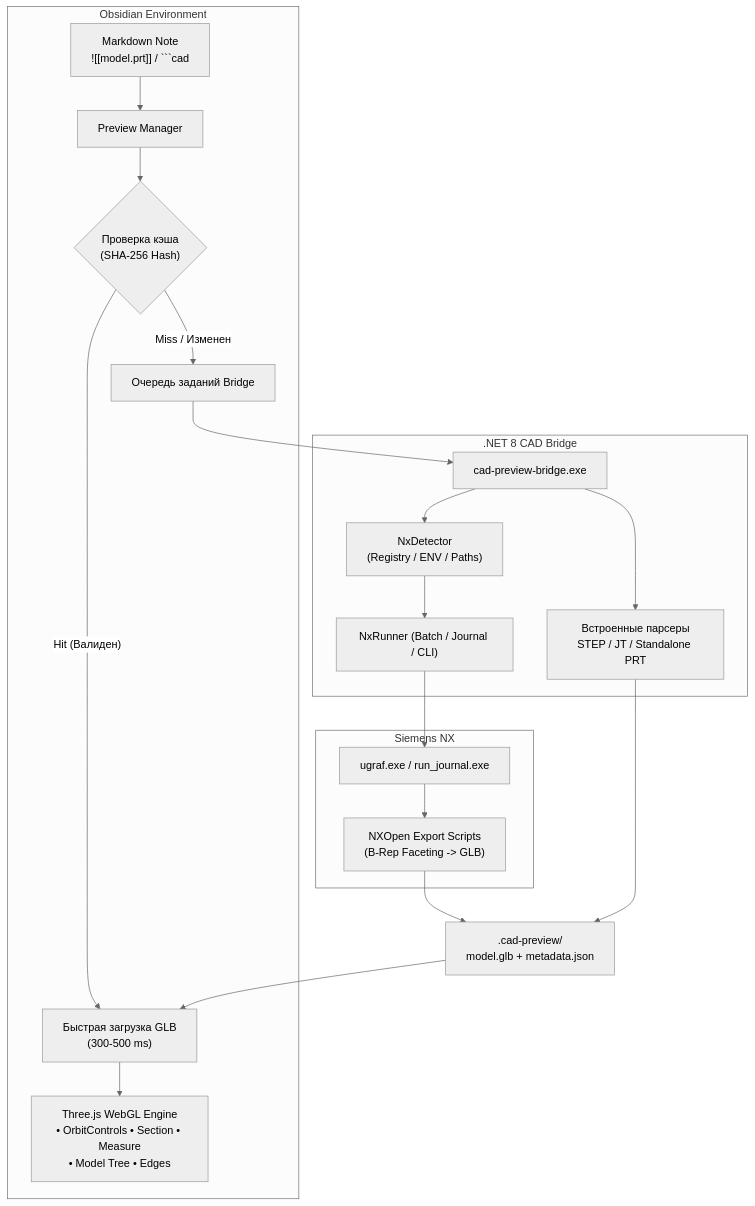
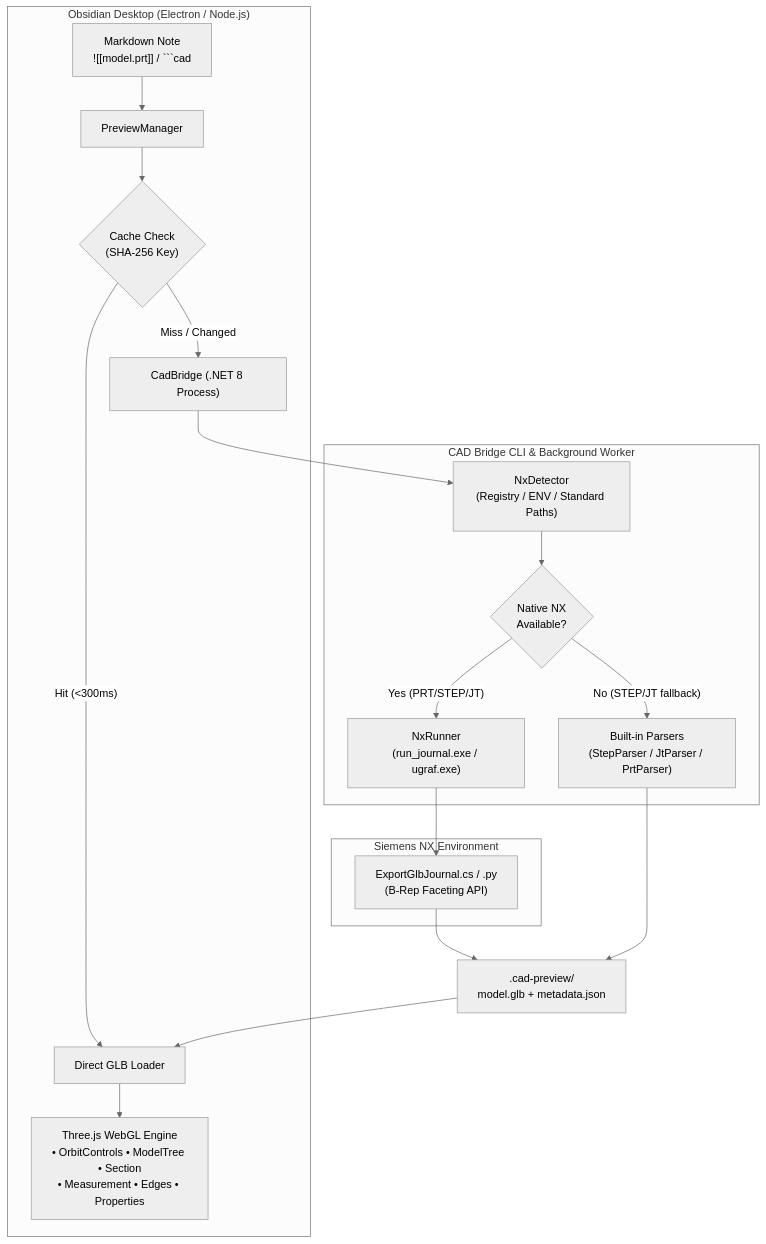
Before and after one commit to Homiakus/obsidian-cad-view: the diagram in README.md, drawn with Mermaid (neutral theme). The commit also changed other lines of this file, not shown here.

Commit message:
docs: enhance README.md to world-class standard with exact quickstart, architecture, cli reference, and troubleshooting

````diff
--- a/README.md
+++ b/README.md
@@ -72,28 +181,28 @@
 ```mermaid
 flowchart TD
-    subgraph Obsidian ["Obsidian Environment"]
-        Note["Markdown Note<br/>![[model.prt]] / ```cad"] --> PM["Preview Manager"]
-        PM --> CacheCheck{"Проверка кэша<br/>(SHA-256 Hash)"}
+    subgraph ObsidianApp ["Obsidian Desktop (Electron / Node.js)"]
+        UserNote["Markdown Note<br/>![[model.prt]] / ```cad"] --> PM["PreviewManager"]
+        PM --> Cache{"Cache Check<br/>(SHA-256 Key)"}
         
-        CacheCheck -- "Hit (Валиден)" --> GLBLoad["Быстрая загрузка GLB<br/>(300-500 ms)"]
-        CacheCheck -- "Miss / Изменен" --> BridgeQueue["Очередь заданий Bridge"]
+        Cache -- "Hit (<300ms)" --> LoadGLB["Direct GLB Loader"]
+        Cache -- "Miss / Changed" --> Bridge["CadBridge (.NET 8 Process)"]
         
-        GLBLoad --> ThreeJS["Three.js WebGL Engine<br/>• OrbitControls • Section • Measure<br/>• Model Tree • Edges"]
+        LoadGLB --> Renderer["Three.js WebGL Engine<br/>• OrbitControls • ModelTree • Section<br/>• Measurement • Edges • Properties"]
     end
 
-    subgraph Bridge [".NET 8 CAD Bridge"]
-        BridgeQueue --> BridgeExe["cad-preview-bridge.exe"]
-        BridgeExe --> NXDet["NxDetector<br/>(Registry / ENV / Paths)"]
-        NXDet --> NXRun["NxRunner (Batch / Journal / CLI)"]
-        BridgeExe --> StepJt["Встроенные парсеры<br/>STEP / JT / Standalone PRT"]
+    subgraph BridgeSys ["CAD Bridge CLI & Background Worker"]
+        Bridge --> NxDetect["NxDetector<br/>(Registry / ENV / Standard Paths)"]
+        NxDetect --> EngineSelect{"Native NX<br/>Available?"}
+        
+        EngineSelect -- "Yes (PRT/STEP/JT)" --> NxRunner["NxRunner<br/>(run_journal.exe / ugraf.exe)"]
+        EngineSelect -- "No (STEP/JT fallback)" --> NativeParsers["Built-in Parsers<br/>(StepParser / JtParser / PrtParser)"]
     end
 
-    subgraph SiemensNX ["Siemens NX"]
-        NXRun --> NXApp["ugraf.exe / run_journal.exe"]
-        NXApp --> NXOpen["NXOpen Export Scripts<br/>(B-Rep Faceting -> GLB)"]
+    subgraph NXApp ["Siemens NX Environment"]
+        NxRunner --> Journal["ExportGlbJournal.cs / .py<br/>(B-Rep Faceting API)"]
     end
 
-    NXOpen --> CacheStore[".cad-preview/<br/>model.glb + metadata.json"]
-    StepJt --> CacheStore
-    CacheStore --> GLBLoad
+    Journal --> OutputGLB[".cad-preview/<br/>model.glb + metadata.json"]
+    NativeParsers --> OutputGLB
+    OutputGLB --> LoadGLB
 ```
````
